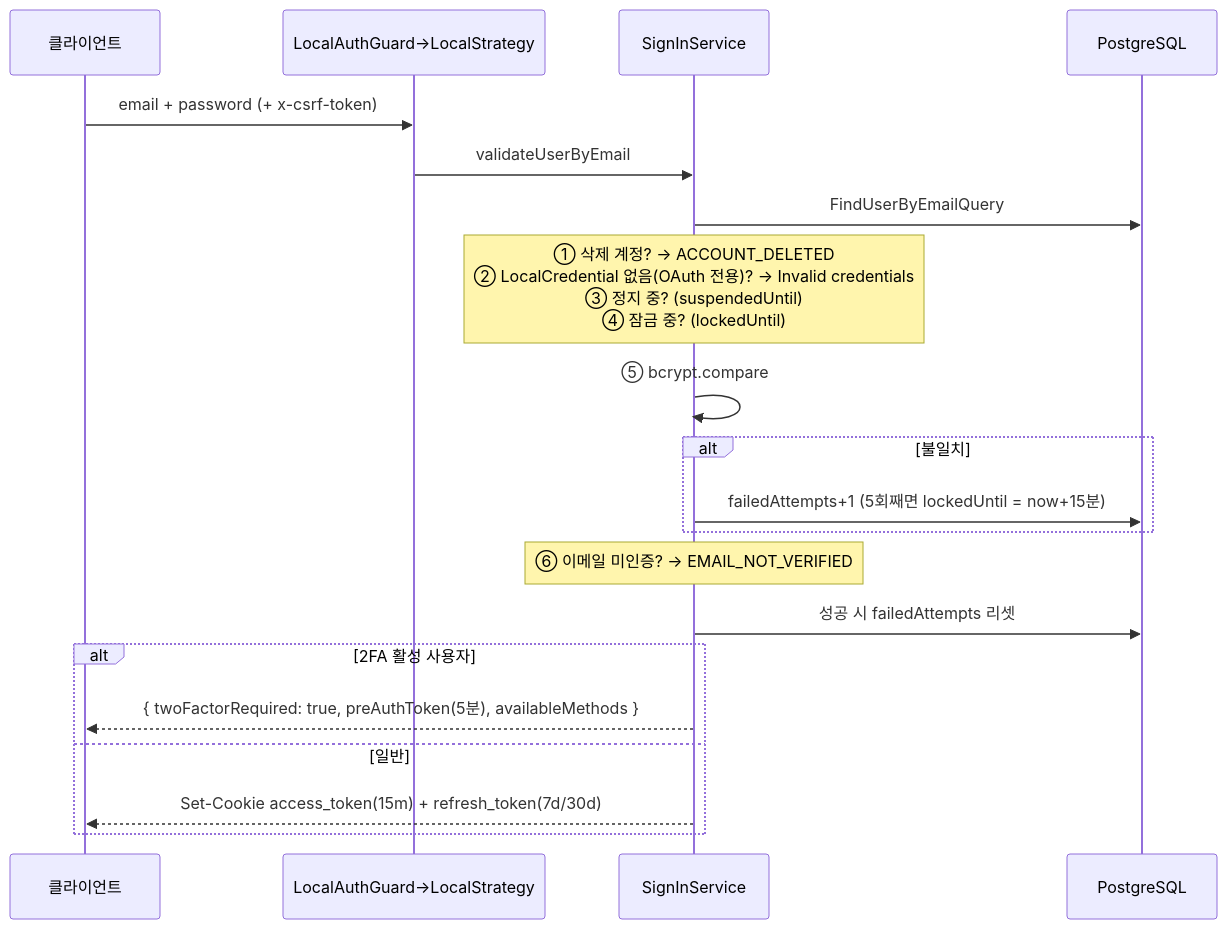
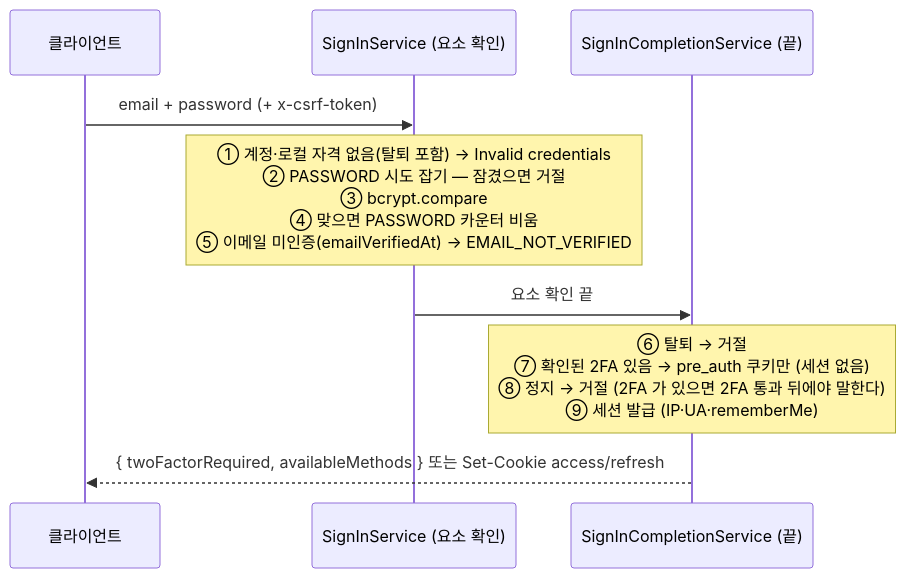
Before and after one commit to RLidea/weaver2: the first of 2 diagrams in docs/handbook/03-auth.md, drawn with Mermaid. The commit also changed other lines of this file and 3 other files, not shown here.

````diff
--- a/docs/handbook/03-auth.md
+++ b/docs/handbook/03-auth.md
@@ -20,23 +22,12 @@
 ```mermaid
 sequenceDiagram
     participant C as 클라이언트
-    participant G as LocalAuthGuard→LocalStrategy
-    participant S as SignInService
-    participant DB as PostgreSQL
+    participant S as SignInService (요소 확인)
+    participant F as SignInCompletionService (끝)
 
-    C->>G: email + password (+ x-csrf-token)
-    G->>S: validateUserByEmail
-    S->>DB: FindUserByEmailQuery
-    Note over S: ① 삭제 계정? → ACCOUNT_DELETED<br/>② LocalCredential 없음(OAuth 전용)? → Invalid credentials<br/>③ 정지 중? (suspendedUntil)<br/>④ 잠금 중? (lockedUntil)
-    S->>S: ⑤ bcrypt.compare
-    alt 불일치
-        S->>DB: failedAttempts+1 (5회째면 lockedUntil = now+15분)
-    end
-    Note over S: ⑥ 이메일 미인증? → EMAIL_NOT_VERIFIED
-    S->>DB: 성공 시 failedAttempts 리셋
-    alt 2FA 활성 사용자
-        S-->>C: { twoFactorRequired: true, preAuthToken(5분), availableMethods }
-    else 일반
-        S-->>C: Set-Cookie access_token(15m) + refresh_token(7d/30d)
-    end
+    C->>S: email + password (+ x-csrf-token)
+    Note over S: ① 계정·로컬 자격 없음(탈퇴 포함) → Invalid credentials<br/>② PASSWORD 시도 잡기 — 잠겼으면 거절<br/>③ bcrypt.compare<br/>④ 맞으면 PASSWORD 카운터 비움<br/>⑤ 이메일 미인증(emailVerifiedAt) → EMAIL_NOT_VERIFIED
+    S->>F: 요소 확인 끝
+    Note over F: ⑥ 탈퇴 → 거절<br/>⑦ 확인된 2FA 있음 → pre_auth 쿠키만 (세션 없음)<br/>⑧ 정지 → 거절 (2FA 가 있으면 2FA 통과 뒤에야 말한다)<br/>⑨ 세션 발급 (IP·UA·rememberMe)
+    F-->>C: { twoFactorRequired, availableMethods } 또는 Set-Cookie access/refresh
 ```
````
